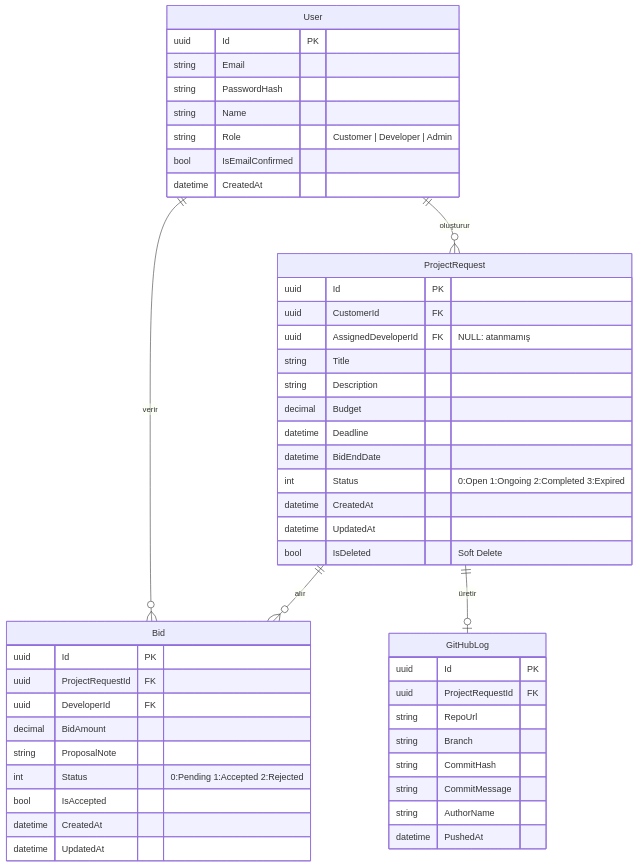
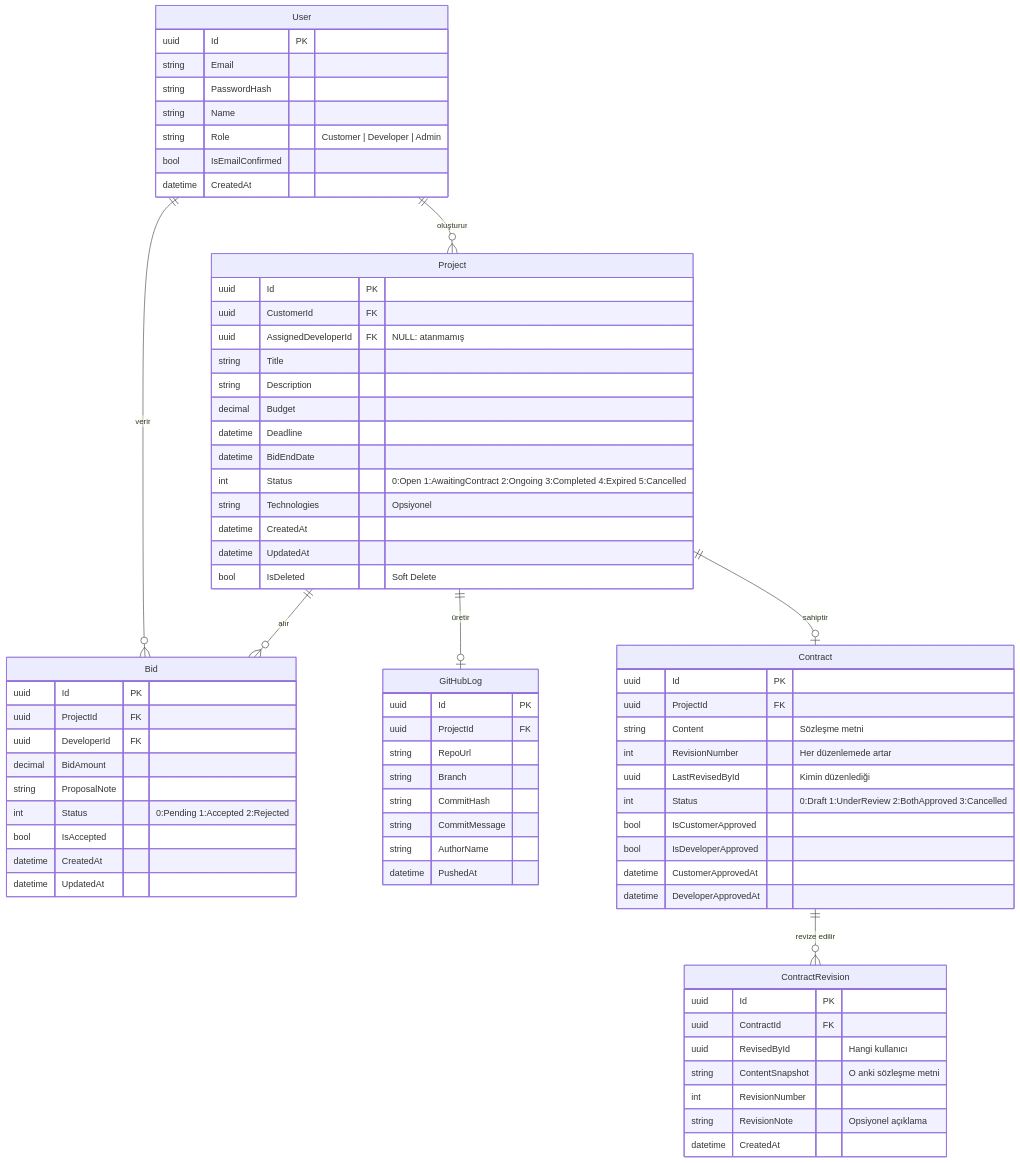
One commit to burhanarslanbas/Dev4All changed the diagram in docs/analyse/04-sadm.md. Above: the diagram before and after it, drawn with Mermaid. The commit also changed other lines of this file and 9 other files, not shown here.

````diff
--- a/docs/analyse/04-sadm.md
+++ b/docs/analyse/04-sadm.md
@@ -118,6 +118,6 @@
 ```mermaid
 erDiagram
-    User ||--o{ ProjectRequest : "oluşturur"
+    User ||--o{ Project : "oluşturur"
     User ||--o{ Bid : "verir"
 
     User {
@@ -130,39 +130,66 @@
         datetime CreatedAt
     }
 
-    ProjectRequest ||--o{ Bid : "alır"
-    ProjectRequest ||--o| GitHubLog : "üretir"
+    Project ||--o{ Bid : "alır"
+    Project ||--o| GitHubLog : "üretir"
+    Project ||--o| Contract : "sahiptir"
 
-    ProjectRequest {
-        uuid    Id              PK
-        uuid    CustomerId      FK
+    Project {
+        uuid    Id                  PK
+        uuid    CustomerId          FK
         uuid    AssignedDeveloperId FK "NULL: atanmamış"
         string  Title
         string  Description
         decimal Budget
         datetime Deadline
         datetime BidEndDate
-        int     Status          "0:Open 1:Ongoing 2:Completed 3:Expired"
+        int     Status              "0:Open 1:AwaitingContract 2:Ongoing 3:Completed 4:Expired 5:Cancelled"
+        string  Technologies        "Opsiyonel"
         datetime CreatedAt
         datetime UpdatedAt
-        bool    IsDeleted       "Soft Delete"
+        bool    IsDeleted           "Soft Delete"
     }
 
     Bid {
-        uuid    Id                PK
-        uuid    ProjectRequestId  FK
-        uuid    DeveloperId       FK
+        uuid    Id          PK
+        uuid    ProjectId   FK
+        uuid    DeveloperId FK
         decimal BidAmount
         string  ProposalNote
-        int     Status            "0:Pending 1:Accepted 2:Rejected"
+        int     Status      "0:Pending 1:Accepted 2:Rejected"
         bool    IsAccepted
         datetime CreatedAt
         datetime UpdatedAt
     }
 
+    Contract ||--o{ ContractRevision : "revize edilir"
+
+    Contract {
+        uuid    Id                  PK
+        uuid    ProjectId           FK
+        string  Content             "Sözleşme metni"
+        int     RevisionNumber      "Her düzenlemede artar"
+        uuid    LastRevisedById     "Kimin düzenlediği"
+        int     Status              "0:Draft 1:UnderReview 2:BothApproved 3:Cancelled"
+        bool    IsCustomerApproved
+        bool    IsDeveloperApproved
+        datetime CustomerApprovedAt
+        datetime DeveloperApprovedAt
+    }
+
+    ContractRevision {
+        uuid    Id              PK
+        uuid    ContractId      FK
+        uuid    RevisedById     "Hangi kullanıcı"
+        string  ContentSnapshot "O anki sözleşme metni"
+        int     RevisionNumber
+        string  RevisionNote    "Opsiyonel açıklama"
+        datetime CreatedAt
+    }
+
     GitHubLog {
-        uuid    Id                PK
-        uuid    ProjectRequestId  FK
+        uuid    Id          PK
+        uuid    ProjectId   FK
         string  RepoUrl
         string  Branch
         string  CommitHash
````
